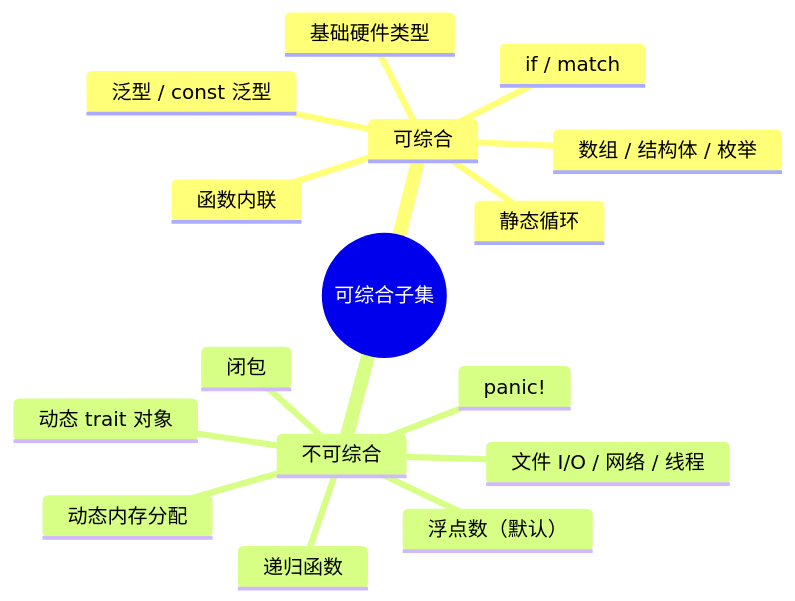
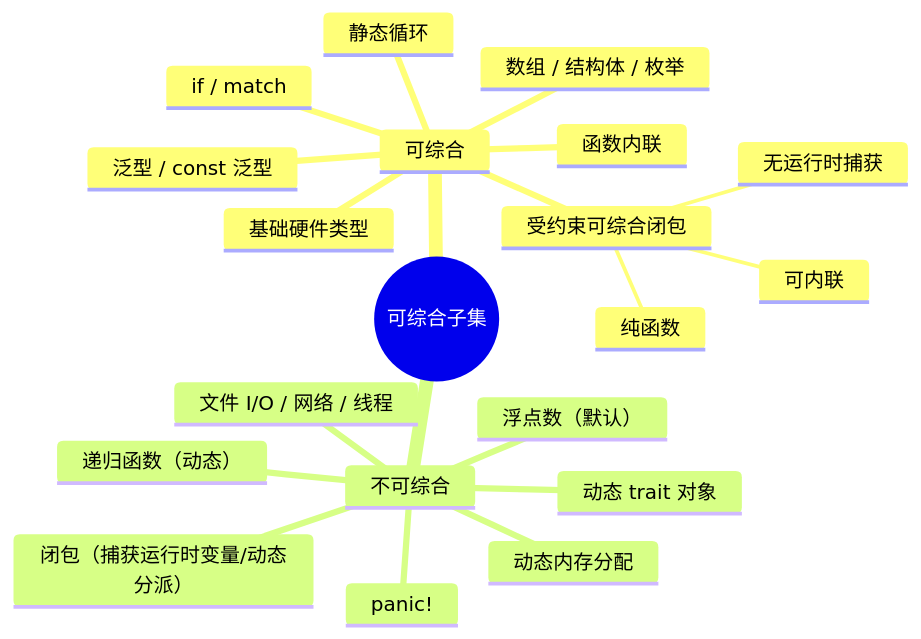
Before and after one commit to TangCan/bitloom: diagram 13 of 25 in docs/requirements/2. 设计目标.md, drawn with Mermaid. The commit also changed other lines of this file and 17 other files, not shown here.

````diff
--- a/docs/requirements/2. 设计目标.md
+++ b/docs/requirements/2. 设计目标.md
@@ -296,20 +310,23 @@
 ```mermaid
 mindmap
   root((可综合子集))
     可综合
       基础硬件类型
       if / match
       静态循环
       函数内联
       泛型 / const 泛型
       数组 / 结构体 / 枚举
+      受约束可综合闭包
+        无运行时捕获
+        纯函数
+        可内联
     不可综合
       动态内存分配
-      递归函数
+      递归函数（动态）
       浮点数（默认）
       动态 trait 对象
-      闭包
+      闭包（捕获运行时变量/动态分派）
       文件 I/O / 网络 / 线程
       panic!
-
 ```
````
